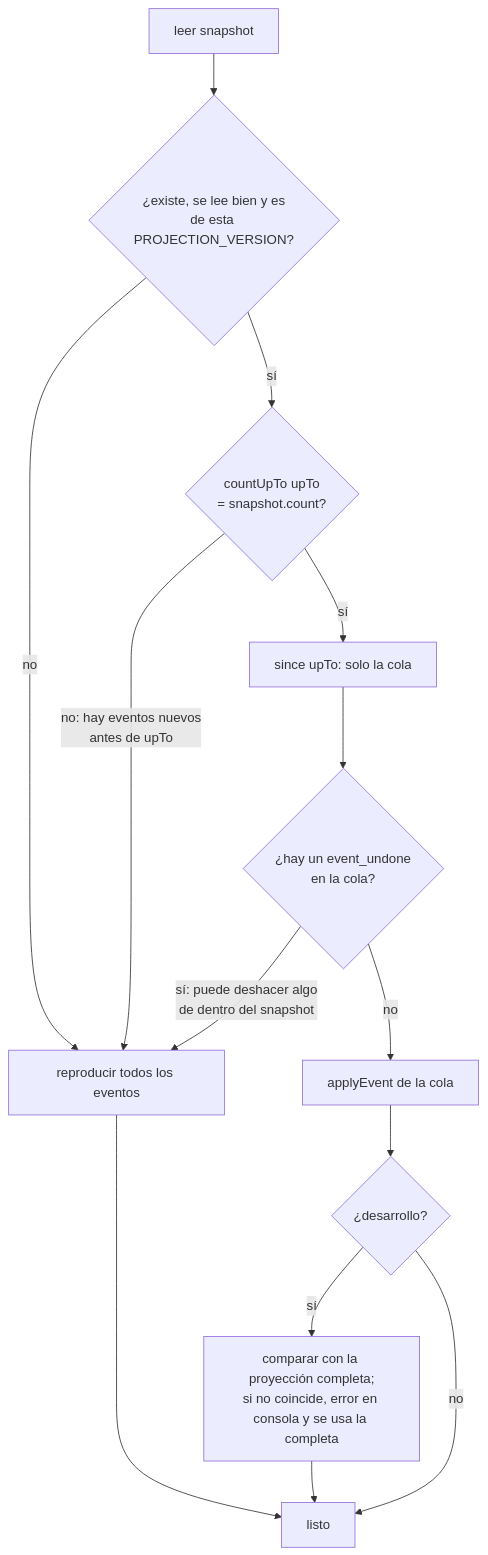
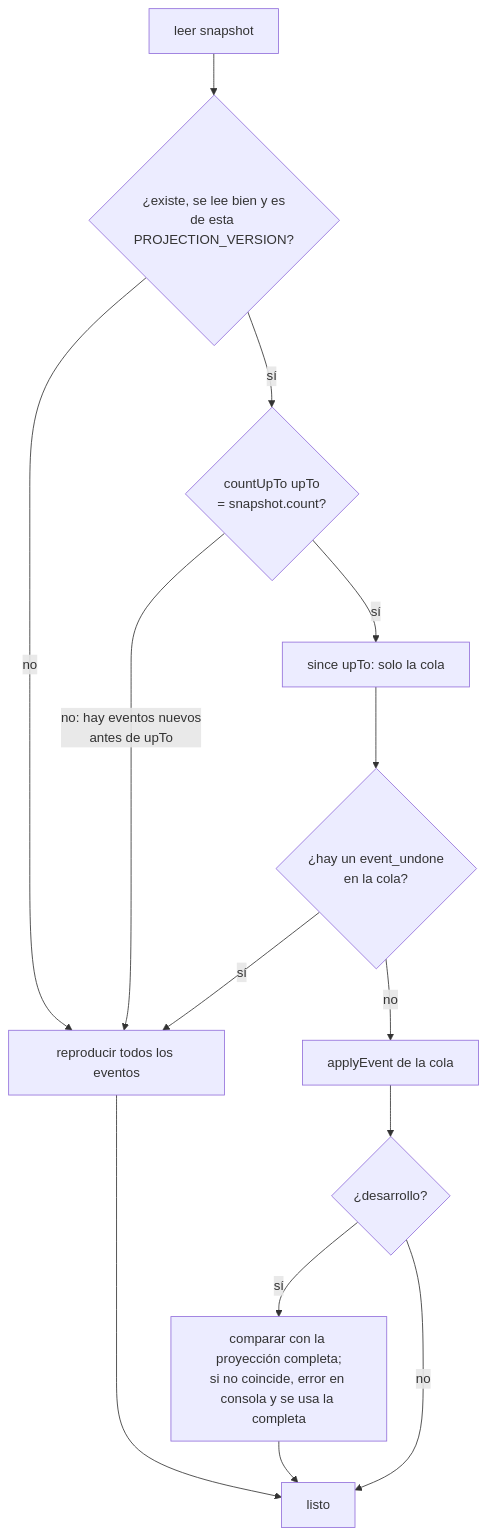
The second of 2 diagrams in src/features/snapshot/README.md (Carlos-Requena/Quest_Tareas), drawn with Mermaid before and after one commit. The commit also changed other lines of this file and 134 other files, not shown here.

````diff
--- a/src/features/snapshot/README.md
+++ b/src/features/snapshot/README.md
@@ -57,15 +59,15 @@
 ```mermaid
 flowchart TD
     A[leer snapshot] --> B{¿existe, se lee bien y es<br/>de esta PROJECTION_VERSION?}
     B -- no --> R[reproducir todos los eventos]
     B -- sí --> C{countUpTo upTo<br/>= snapshot.count?}
     C -- no: hay eventos nuevos<br/>antes de upTo --> R
     C -- sí --> D[since upTo: solo la cola] --> U{¿hay un event_undone<br/>en la cola?}
-    U -- sí: puede deshacer algo<br/>de dentro del snapshot --> R
+    U -- sí --> R
     U -- no --> E[applyEvent de la cola]
     E --> V{¿desarrollo?}
     V -- sí --> W[comparar con la proyección completa;<br/>si no coincide, error en consola y se usa la completa]
     V -- no --> S[listo]
     W --> S
     R --> S
 ```
````
